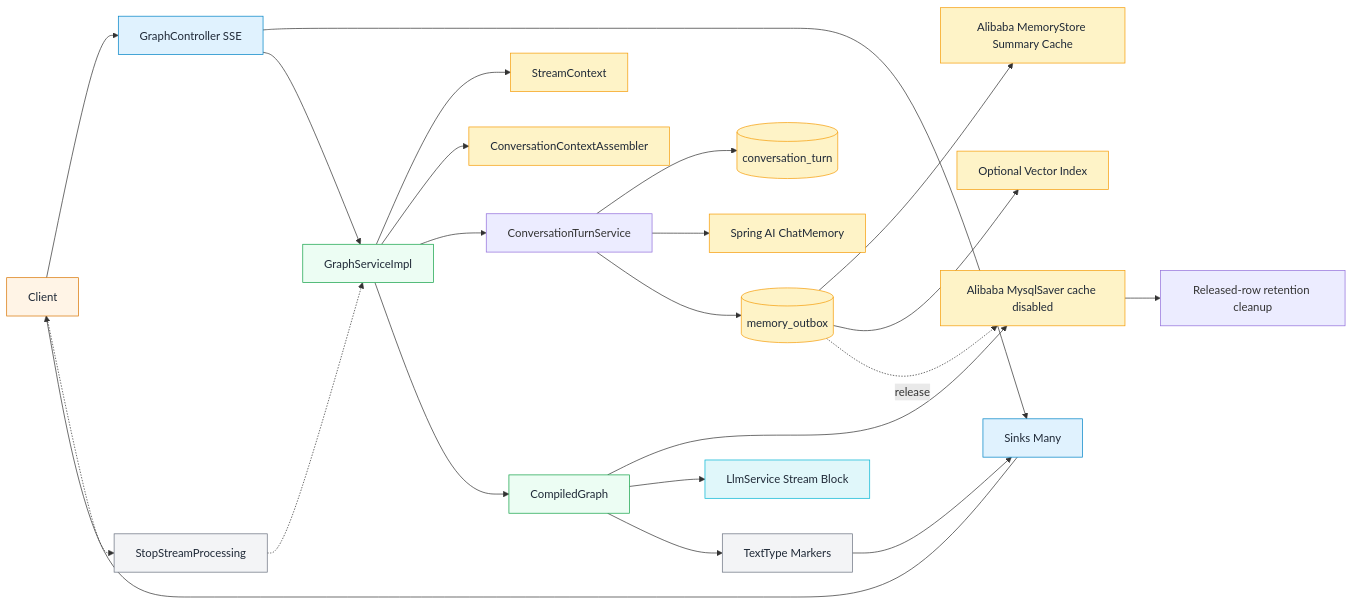
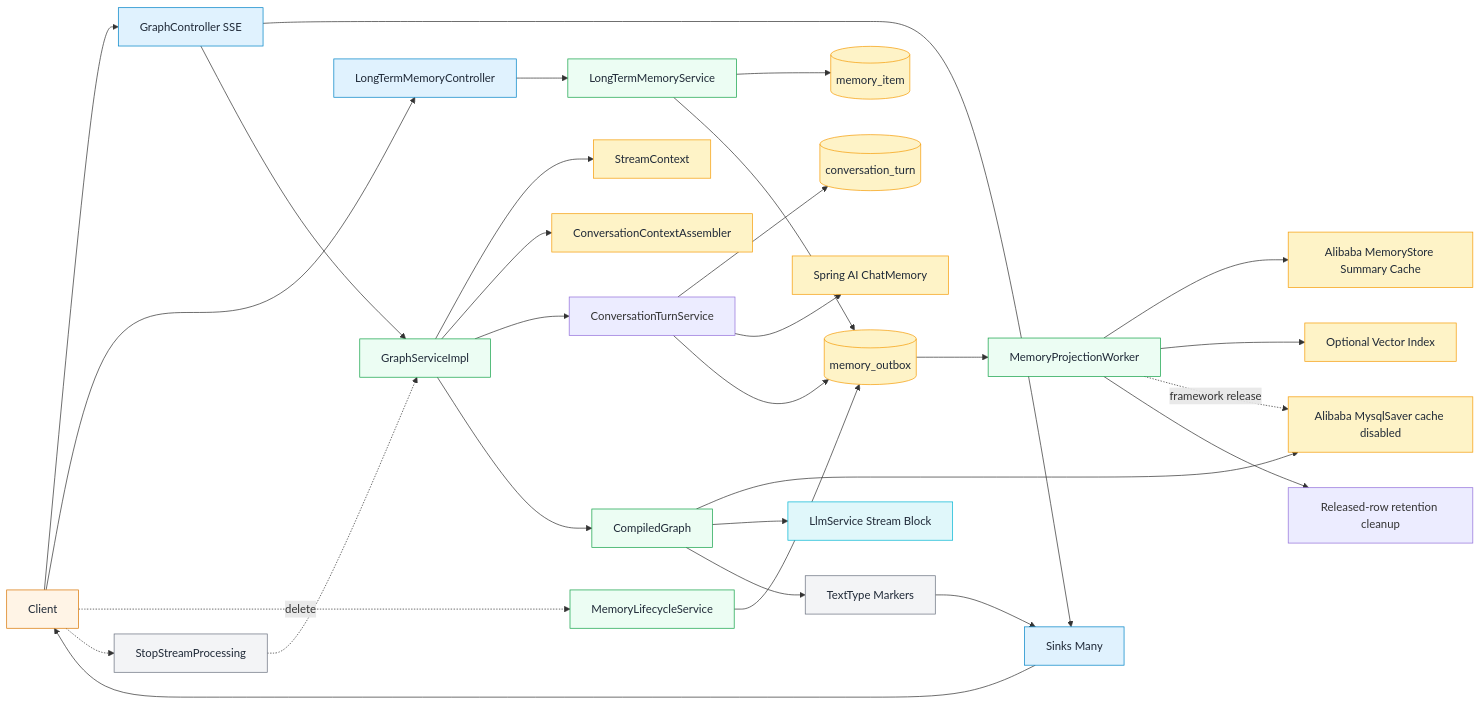
One commit to spring-ai-alibaba/DataAgent changed diagram 11 of 18 in docs/ARCHITECTURE-en.md. Above: the diagram before and after it, drawn with Mermaid. The commit also changed other lines of this file and 7 other files, not shown here.

Commit message:
docs: correct memory API and authentication contract

````diff
--- a/docs/ARCHITECTURE-en.md
+++ b/docs/ARCHITECTURE-en.md
@@ -476,38 +483,45 @@
 ```mermaid
 flowchart LR
   Client --> SSE[GraphController SSE]
   SSE --> Sink[Sinks Many]
   SSE --> GraphSvc[GraphServiceImpl]
   GraphSvc --> StreamCtx[StreamContext]
   GraphSvc --> Ctx[ConversationContextAssembler]
   GraphSvc --> Turn[ConversationTurnService]
   Turn --> TurnDB[(conversation_turn)]
   Turn --> ChatMemory[Spring AI ChatMemory]
   Turn --> Outbox[(memory_outbox)]
-  Outbox --> SummaryStore[Alibaba MemoryStore Summary Cache]
-  Outbox --> Projection[Optional Vector Index]
-  Outbox -. release .-> Checkpoint
-  Checkpoint --> Retention[Released-row retention cleanup]
+  Outbox --> Worker[MemoryProjectionWorker]
+  Worker --> SummaryStore[Alibaba MemoryStore Summary Cache]
+  Worker --> Projection[Optional Vector Index]
+  Worker -. framework release .-> Checkpoint
+  Worker --> Retention[Released-row retention cleanup]
+  Client --> MemoryAPI[LongTermMemoryController]
+  MemoryAPI --> LongTerm[LongTermMemoryService]
+  LongTerm --> MemoryDB[(memory_item)]
+  LongTerm --> Outbox
+  Client -. delete .-> Lifecycle[MemoryLifecycleService]
+  Lifecycle --> Outbox
   GraphSvc --> Graph[CompiledGraph]
   Graph --> Checkpoint[Alibaba MysqlSaver cache disabled]
   Graph --> LLM[LlmService Stream Block]
   Graph --> TextType[TextType Markers]
   TextType --> Sink
   Sink --> Client
   Client -.-> Stop[StopStreamProcessing]
   Stop -.-> GraphSvc
 
   classDef client fill:#FFF4E6,stroke:#D97706,stroke-width:1px,color:#1F2937;
   classDef api fill:#E0F2FE,stroke:#0284C7,stroke-width:1px,color:#1F2937;
   classDef service fill:#ECFDF3,stroke:#16A34A,stroke-width:1px,color:#1F2937;
   classDef data fill:#FEF3C7,stroke:#F59E0B,stroke-width:1px,color:#1F2937;
   classDef llm fill:#E0F7FA,stroke:#06B6D4,stroke-width:1px,color:#1F2937;
   classDef control fill:#F3F4F6,stroke:#6B7280,stroke-width:1px,color:#1F2937;
 
   class Client client
-  class SSE,Sink api
-  class GraphSvc,Graph service
-  class StreamCtx,Ctx,TurnDB,ChatMemory,Outbox,SummaryStore,Projection,Checkpoint data
+  class SSE,Sink,MemoryAPI api
+  class GraphSvc,Graph,Worker,LongTerm,Lifecycle service
+  class StreamCtx,Ctx,TurnDB,ChatMemory,Outbox,SummaryStore,Projection,Checkpoint,MemoryDB data
   class LLM llm
   class TextType,Stop control
 ```
````
